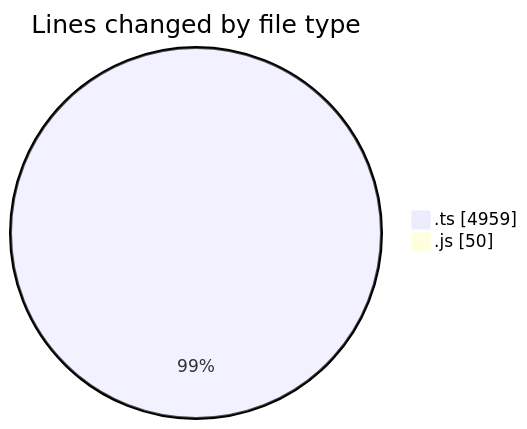
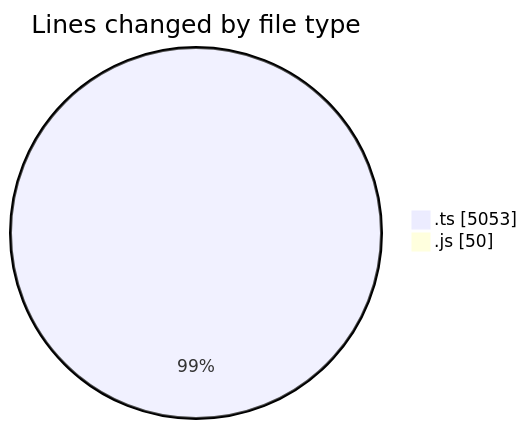
One commit to tmsrecording-cyber/code-tracking changed the first of 2 diagrams in 2026-02-04/singularitybrainai/README.md. Above: the diagram before and after it, drawn with Mermaid. The commit also changed other lines of this file and 1 other file, not shown here.

````diff
--- a/2026-02-04/singularitybrainai/README.md
+++ b/2026-02-04/singularitybrainai/README.md
@@ -26,6 +26,6 @@
 ```mermaid
 pie showData
 title Lines changed by file type
-".ts" : 4959
+".ts" : 5053
 ".js" : 50
 ```
````
